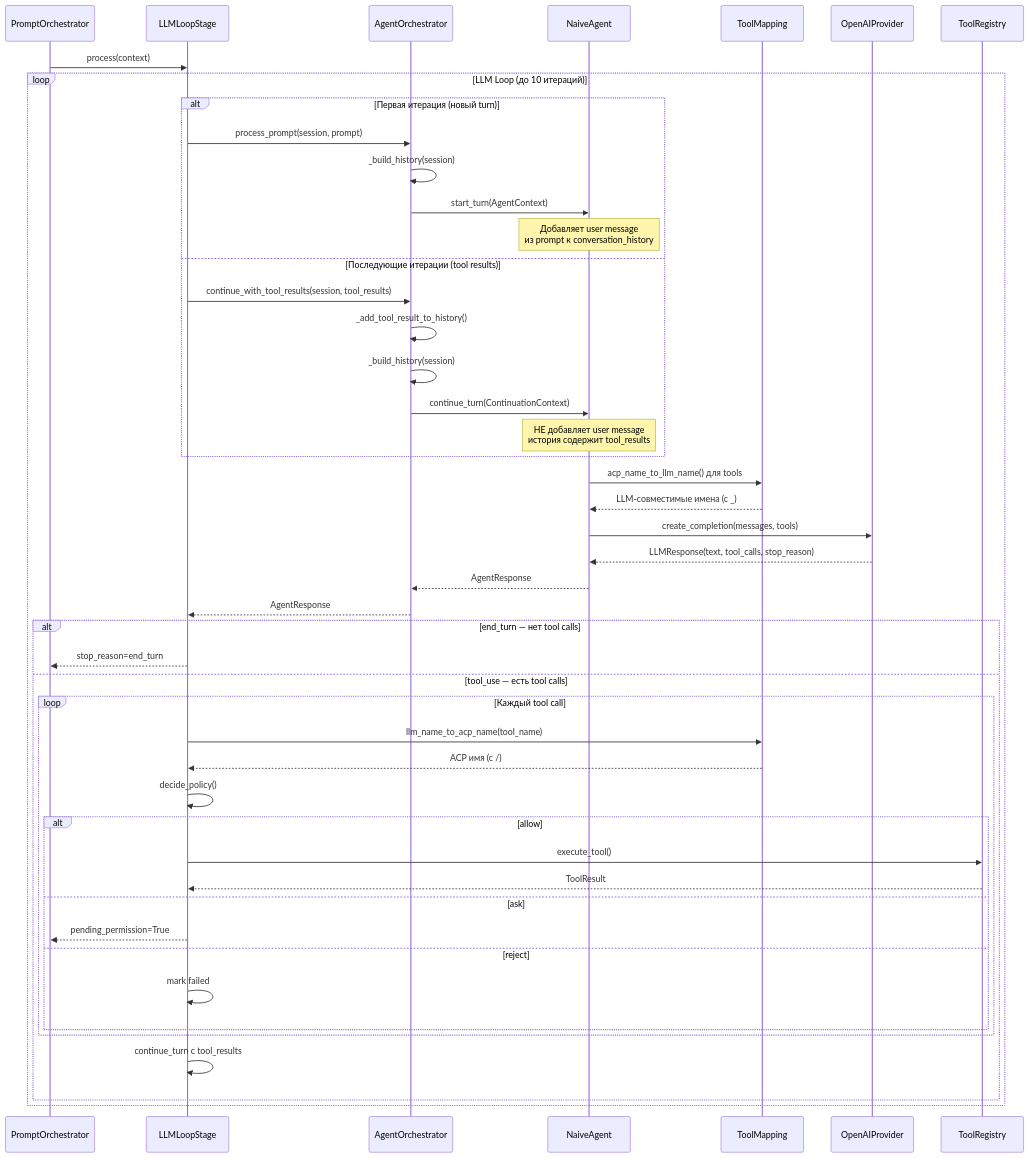
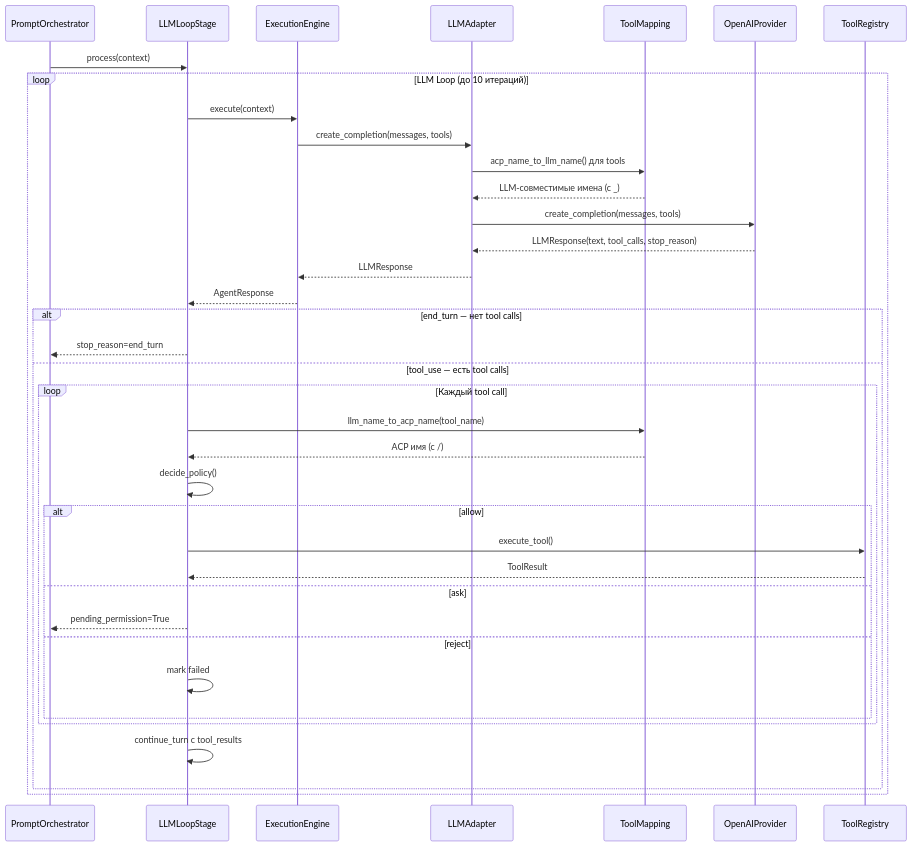
The fourth of 5 diagrams in doc/architecture/ACP_IMPLEMENTATION_VERIFICATION.md (pese-git/codelab-agent), drawn with Mermaid before and after one commit. The commit also changed other lines of this file and 4 other files, not shown here.

First line of the commit message:
docs: обновить устаревшие ссылки на AgentOrchestrator/NaiveAgent в оставшихся документах

````diff
--- a/doc/architecture/ACP_IMPLEMENTATION_VERIFICATION.md
+++ b/doc/architecture/ACP_IMPLEMENTATION_VERIFICATION.md
@@ -595,52 +595,42 @@
 ```mermaid
 sequenceDiagram
     participant PO as PromptOrchestrator
     participant LL as LLMLoopStage
-    participant ORCH as AgentOrchestrator
-    participant AG as NaiveAgent
+    participant EE as ExecutionEngine
+    participant LA as LLMAdapter
     participant TM as ToolMapping
     participant LLM as OpenAIProvider
     participant TR as ToolRegistry
 
     PO->>LL: process(context)
 
     loop LLM Loop (до 10 итераций)
-        alt Первая итерация (новый turn)
-            LL->>ORCH: process_prompt(session, prompt)
-            ORCH->>ORCH: _build_history(session)
-            ORCH->>AG: start_turn(AgentContext)
-            Note over AG: Добавляет user message<br/>из prompt к conversation_history
-        else Последующие итерации (tool results)
-            LL->>ORCH: continue_with_tool_results(session, tool_results)
-            ORCH->>ORCH: _add_tool_result_to_history()
-            ORCH->>ORCH: _build_history(session)
-            ORCH->>AG: continue_turn(ContinuationContext)
-            Note over AG: НЕ добавляет user message<br/>история содержит tool_results
-        end
-        AG->>TM: acp_name_to_llm_name() для tools
-        TM-->>AG: LLM-совместимые имена (с _)
-        AG->>LLM: create_completion(messages, tools)
-        LLM-->>AG: LLMResponse(text, tool_calls, stop_reason)
-        AG-->>ORCH: AgentResponse
-        ORCH-->>LL: AgentResponse
+        LL->>EE: execute(context)
+        EE->>LA: create_completion(messages, tools)
+        LA->>TM: acp_name_to_llm_name() для tools
+        TM-->>LA: LLM-совместимые имена (с _)
+        LA->>LLM: create_completion(messages, tools)
+        LLM-->>LA: LLMResponse(text, tool_calls, stop_reason)
+        LA-->>EE: LLMResponse
+        EE-->>LL: AgentResponse
 
         alt end_turn — нет tool calls
             LL-->>PO: stop_reason=end_turn
         else tool_use — есть tool calls
             loop Каждый tool call
                 LL->>TM: llm_name_to_acp_name(tool_name)
                 TM-->>LL: ACP имя (с /)
                 LL->>LL: decide_policy()
                 alt allow
                     LL->>TR: execute_tool()
                     TR-->>LL: ToolResult
                 else ask
                     LL-->>PO: pending_permission=True
                 else reject
                     LL->>LL: mark failed
                 end
             end
             LL->>LL: continue_turn с tool_results
         end
     end
 ```
````
